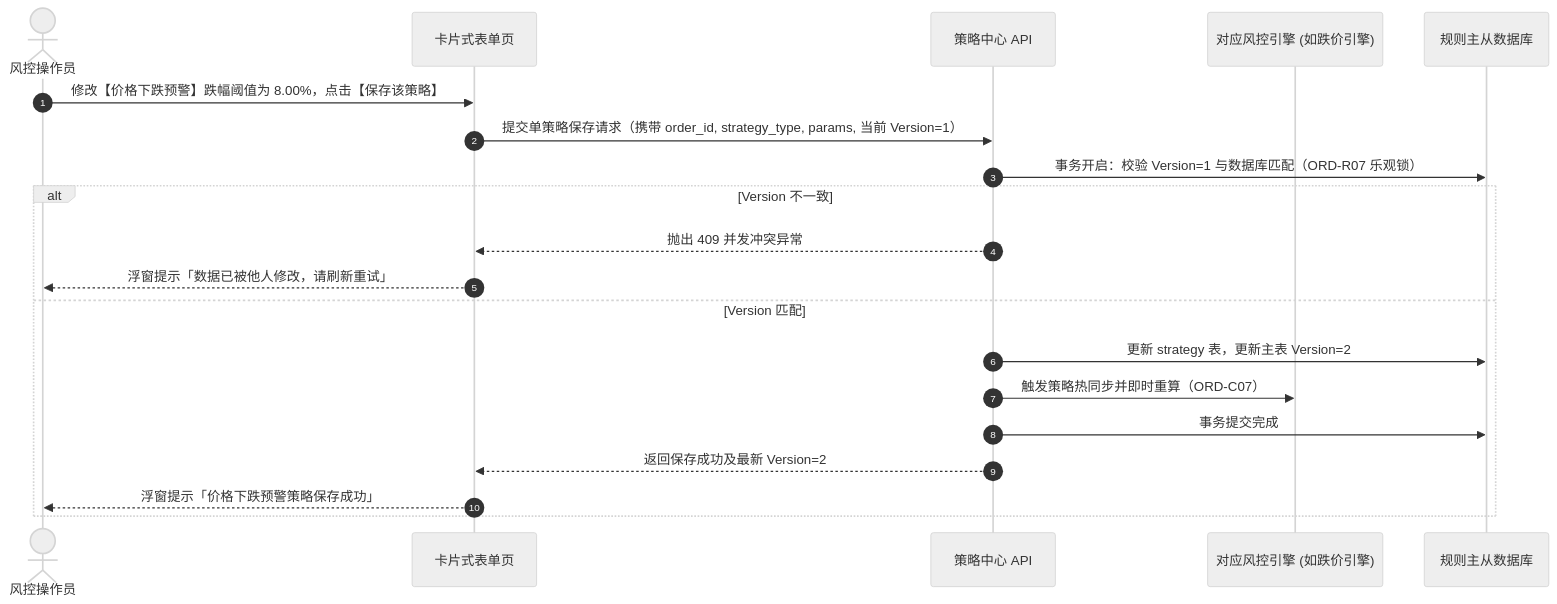
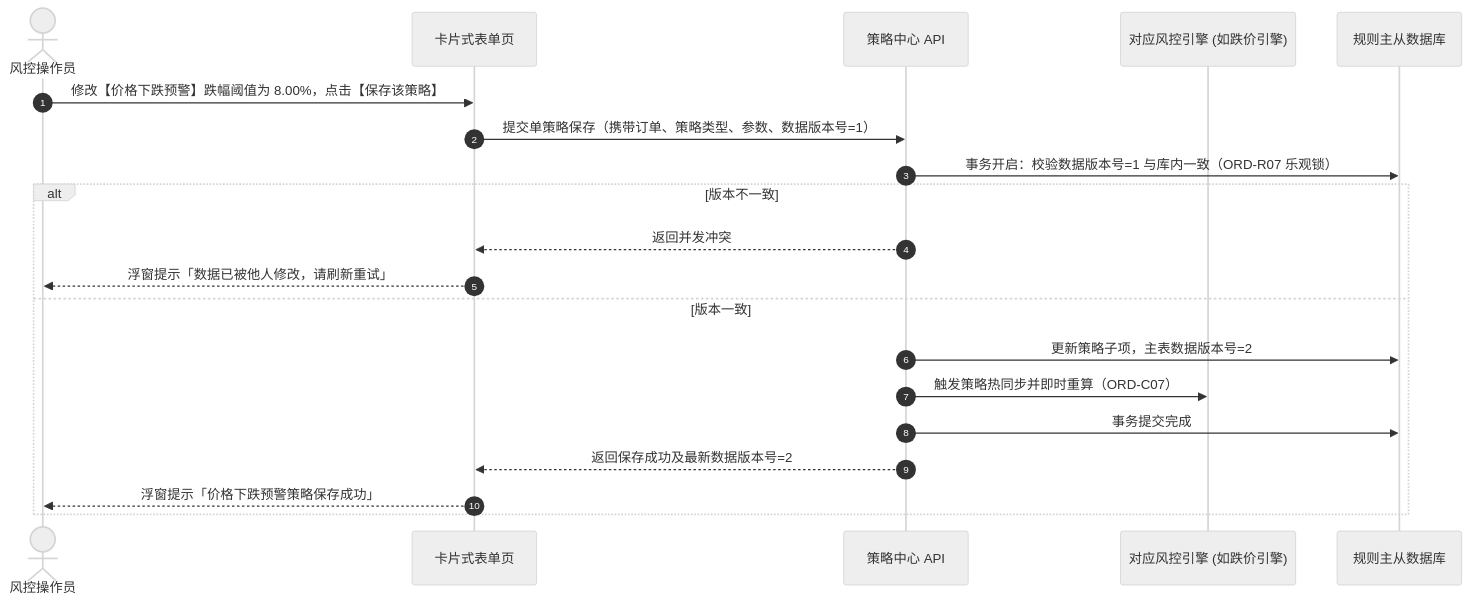
The second of 3 diagrams in 02-PRD文档/B-迭代需求/6.2版本（2026.08）/03-预警配置/03订单预警配置/订单预警配置业务规则规格.md (RobertHuang999/SYZC), drawn with Mermaid (neutral theme) before and after one commit. The commit also changed other lines of this file and 23 other files, not shown here.

````diff
--- a/02-PRD文档/B-迭代需求/6.2版本（2026.08）/03-预警配置/03订单预警配置/订单预警配置业务规则规格.md
+++ b/02-PRD文档/B-迭代需求/6.2版本（2026.08）/03-预警配置/03订单预警配置/订单预警配置业务规则规格.md
@@ -205,23 +205,23 @@
 ```mermaid
 sequenceDiagram
     autonumber
     actor Officer as 风控操作员
     participant FE as 卡片式表单页
     participant API as 策略中心 API
     participant ENG as 对应风控引擎 (如跌价引擎)
     participant DB as 规则主从数据库
 
     Officer->>FE: 修改【价格下跌预警】跌幅阈值为 8.00%，点击【保存该策略】
-    FE->>API: 提交单策略保存请求（携带 order_id, strategy_type, params, 当前 Version=1）
-    API->>DB: 事务开启：校验 Version=1 与数据库匹配（ORD-R07 乐观锁）
-    alt Version 不一致
-        API-->>FE: 抛出 409 并发冲突异常
+    FE->>API: 提交单策略保存（携带订单、策略类型、参数、数据版本号=1）
+    API->>DB: 事务开启：校验数据版本号=1 与库内一致（ORD-R07 乐观锁）
+    alt 版本不一致
+        API-->>FE: 返回并发冲突
         FE-->>Officer: 浮窗提示「数据已被他人修改，请刷新重试」
-    else Version 匹配
-        API->>DB: 更新 strategy 表，更新主表 Version=2
+    else 版本一致
+        API->>DB: 更新策略子项，主表数据版本号=2
         API->>ENG: 触发策略热同步并即时重算（ORD-C07）
         API->>DB: 事务提交完成
-        API-->>FE: 返回保存成功及最新 Version=2
+        API-->>FE: 返回保存成功及最新数据版本号=2
         FE-->>Officer: 浮窗提示「价格下跌预警策略保存成功」
     end
 ```
````
